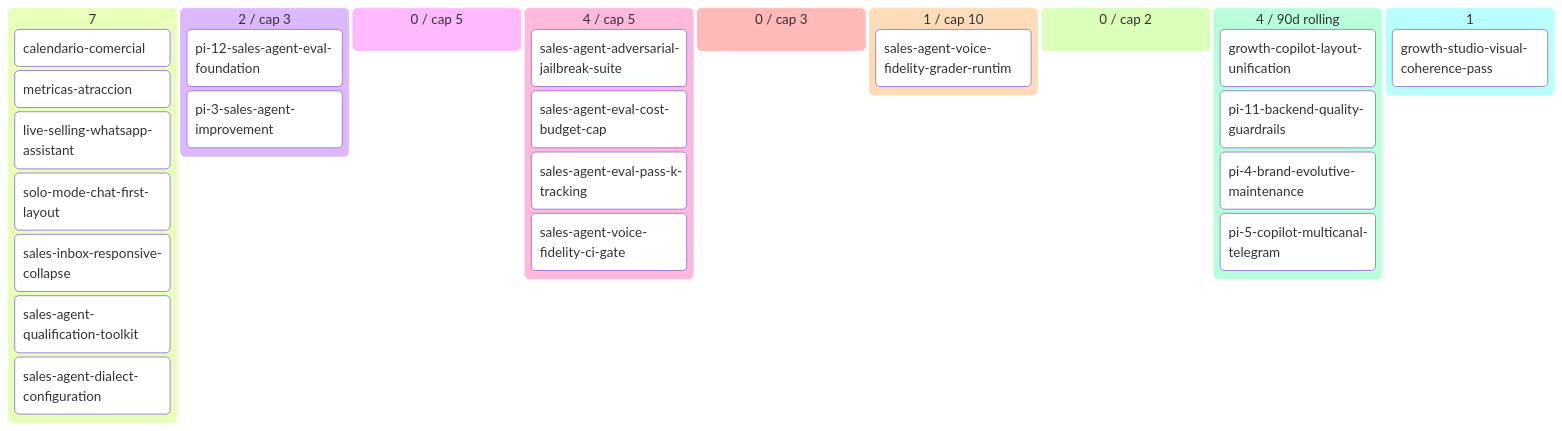
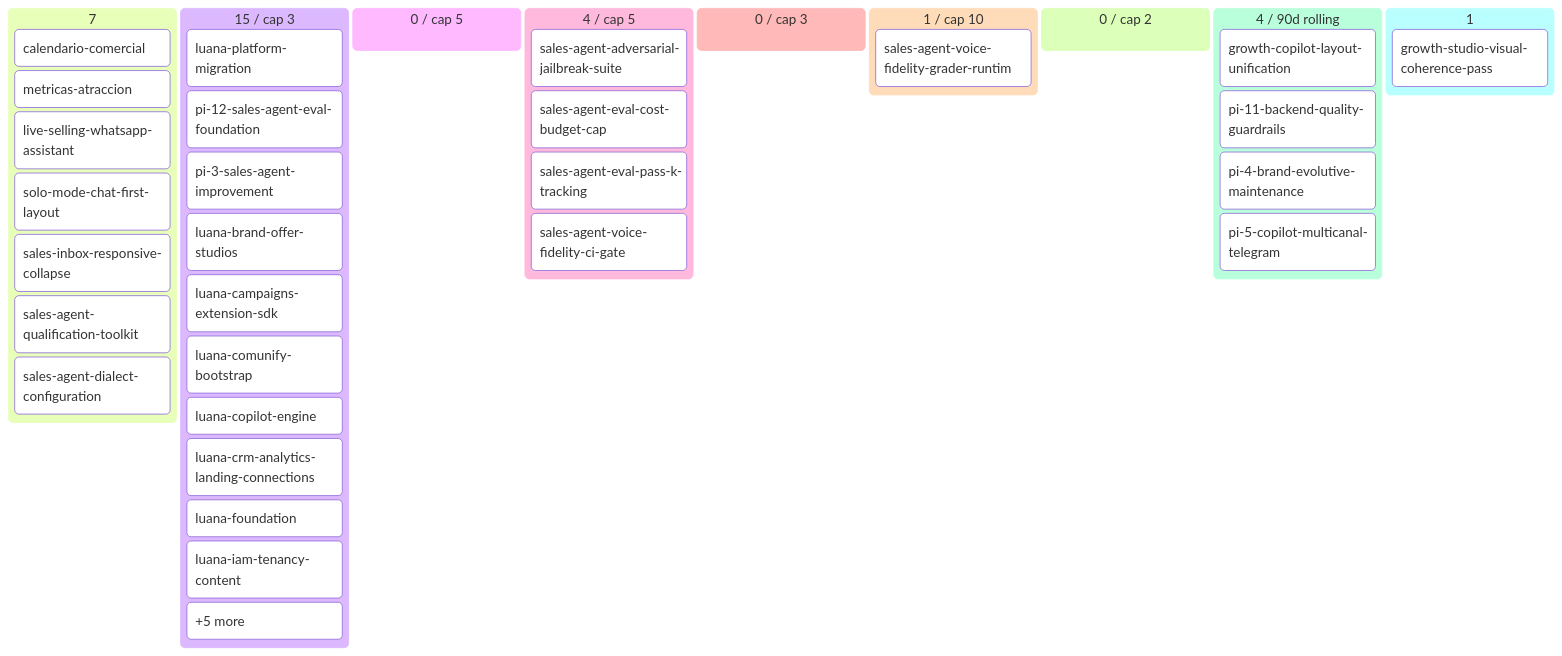
Before and after one commit to alpacapurpura/ap_sales_agent: the diagram in docs/product/BACKLOG.md, drawn with Mermaid. The commit also changed other lines of this file and 39 other files, not shown here.

First line of the commit message:
feat(luana-platform): bootstrap multi-brand vertical SaaS migration plan

````diff
--- a/docs/product/BACKLOG.md
+++ b/docs/product/BACKLOG.md
@@ -57,31 +73,40 @@
 ```mermaid
 kanban
   💡 Ideas (7)
     calendario-comercial[calendario-comercial]
     metricas-atraccion[metricas-atraccion]
     live-selling-whatsapp-assistan[live-selling-whatsapp-assistant]
     solo-mode-chat-first-layout[solo-mode-chat-first-layout]
     sales-inbox-responsive-collaps[sales-inbox-responsive-collapse]
     sales-agent-qualification-tool[sales-agent-qualification-toolkit]
     sales-agent-dialect-configurat[sales-agent-dialect-configuration]
-  🔬 Refining (2 / cap 3)
+  🔬 Refining (15 / cap 3)
+    luana-platform-migration[luana-platform-migration]
     pi-12-sales-agent-eval-foundat[pi-12-sales-agent-eval-foundation]
     pi-3-sales-agent-improvement[pi-3-sales-agent-improvement]
+    luana-brand-offer-studios[luana-brand-offer-studios]
+    luana-campaigns-extension-sdk[luana-campaigns-extension-sdk]
+    luana-comunify-bootstrap[luana-comunify-bootstrap]
+    luana-copilot-engine[luana-copilot-engine]
+    luana-crm-analytics-landing-co[luana-crm-analytics-landing-connections]
+    luana-foundation[luana-foundation]
+    luana-iam-tenancy-content[luana-iam-tenancy-content]
+    overflow-🔬 Refining[+5 more]
   ✅ Refined (0 / cap 5)
   📦 Ready (4 / cap 5)
     sales-agent-adversarial-jailbr[sales-agent-adversarial-jailbreak-suite]
     sales-agent-eval-cost-budget-c[sales-agent-eval-cost-budget-cap]
     sales-agent-eval-pass-k-tracki[sales-agent-eval-pass-k-tracking]
     sales-agent-voice-fidelity-ci-[sales-agent-voice-fidelity-ci-gate]
   🔨 Developing (0 / cap 3)
   🧪 Developed (1 / cap 10)
     sales-agent-voice-fidelity-gra[sales-agent-voice-fidelity-grader-runtim]
   🔍 Reviewing (0 / cap 2)
   ✅ Done (4 / 90d rolling)
     growth-copilot-layout-unificat[growth-copilot-layout-unification]
     pi-11-backend-quality-guardrai[pi-11-backend-quality-guardrails]
     pi-4-brand-evolutive-maintenan[pi-4-brand-evolutive-maintenance]
     pi-5-copilot-multicanal-telegr[pi-5-copilot-multicanal-telegram]
   🅿 Parked (1)
     growth-studio-visual-coherence[growth-studio-visual-coherence-pass]
 ```
````
